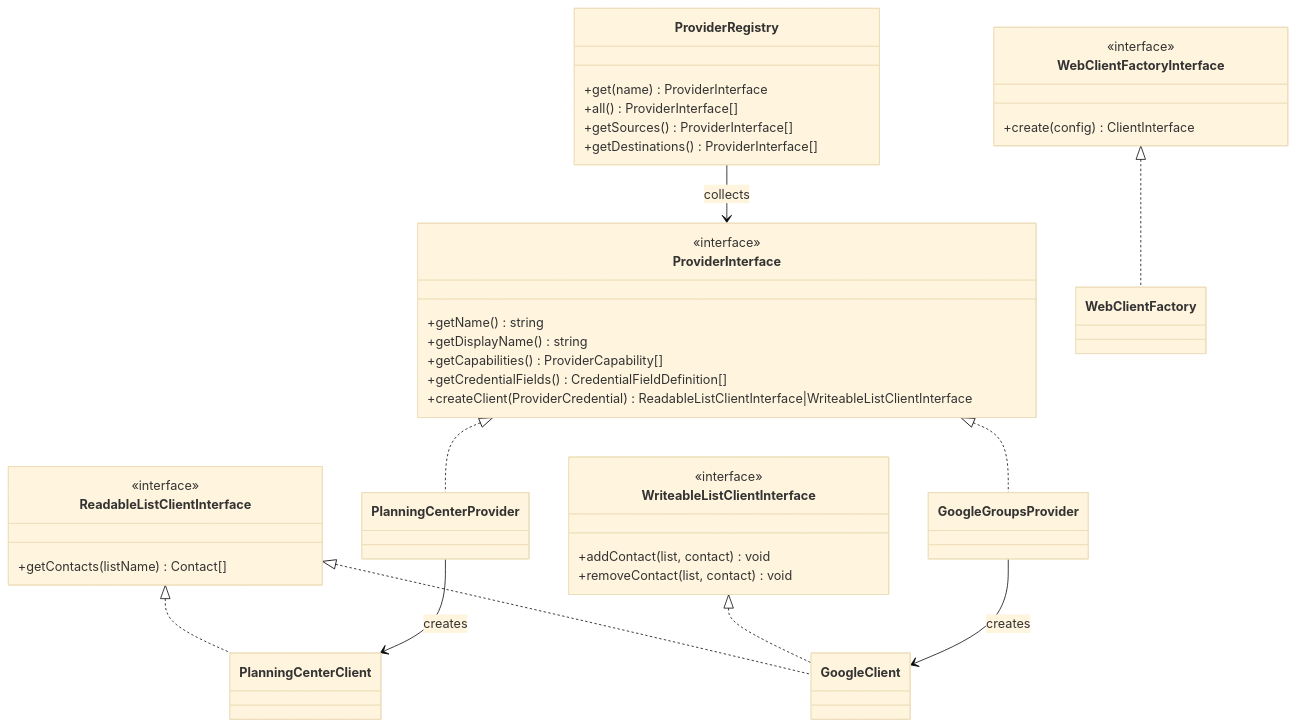
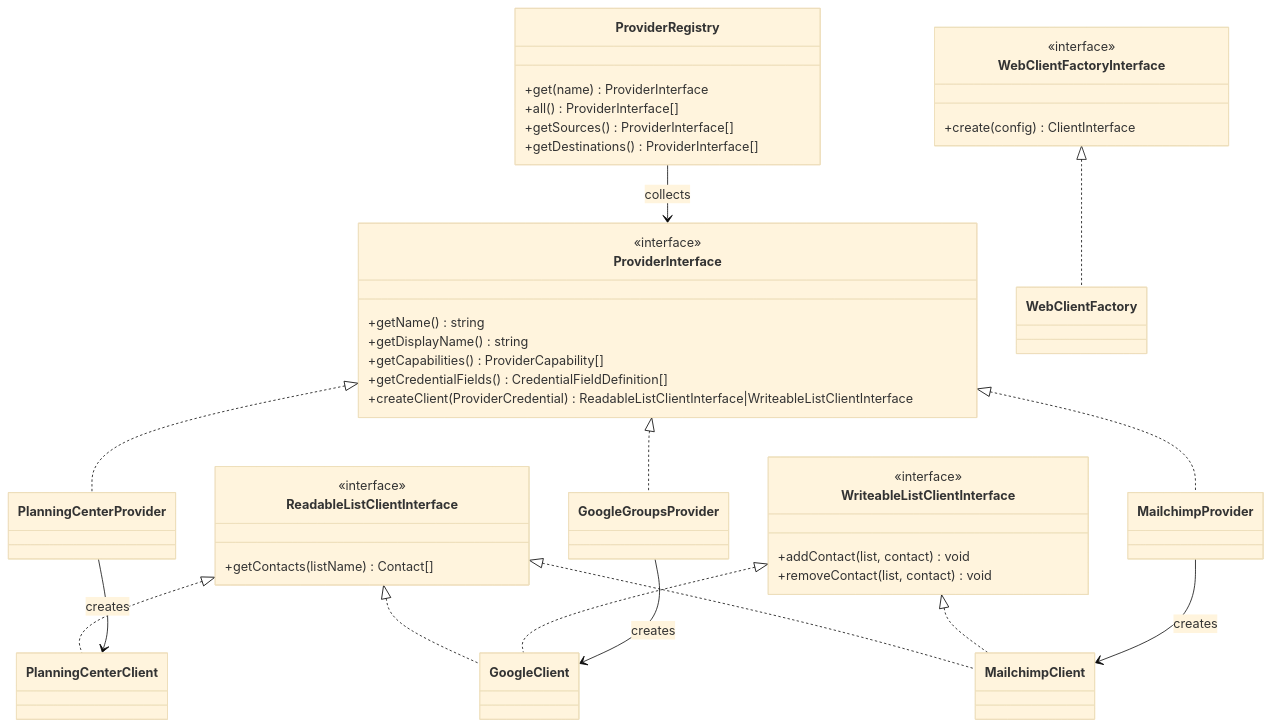
One commit to nrutman/contacts-sync-web changed the diagram in src/Client/README.md. Above: the diagram before and after it, drawn with Mermaid (base theme). The commit also changed other lines of this file and 35 other files, not shown here.

````diff
--- a/src/Client/README.md
+++ b/src/Client/README.md
@@ -7,40 +7,44 @@
 ```mermaid
 classDiagram
     class ReadableListClientInterface {
         <<interface>>
         +getContacts(listName) Contact[]
     }
     class WriteableListClientInterface {
         <<interface>>
         +addContact(list, contact) void
         +removeContact(list, contact) void
     }
     class ProviderInterface {
         <<interface>>
         +getName() string
         +getDisplayName() string
         +getCapabilities() ProviderCapability[]
         +getCredentialFields() CredentialFieldDefinition[]
         +createClient(ProviderCredential) ReadableListClientInterface|WriteableListClientInterface
     }
     class ProviderRegistry {
         +get(name) ProviderInterface
         +all() ProviderInterface[]
         +getSources() ProviderInterface[]
         +getDestinations() ProviderInterface[]
     }
     class WebClientFactoryInterface {
         <<interface>>
         +create(config) ClientInterface
     }
 
     ProviderInterface <|.. PlanningCenterProvider
     ProviderInterface <|.. GoogleGroupsProvider
+    ProviderInterface <|.. MailchimpProvider
     ReadableListClientInterface <|.. GoogleClient
     WriteableListClientInterface <|.. GoogleClient
     ReadableListClientInterface <|.. PlanningCenterClient
+    ReadableListClientInterface <|.. MailchimpClient
+    WriteableListClientInterface <|.. MailchimpClient
     WebClientFactoryInterface <|.. WebClientFactory
     ProviderRegistry --> ProviderInterface : collects
     PlanningCenterProvider --> PlanningCenterClient : creates
     GoogleGroupsProvider --> GoogleClient : creates
+    MailchimpProvider --> MailchimpClient : creates
 ```
````
